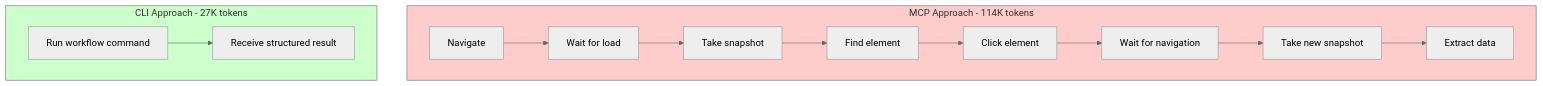
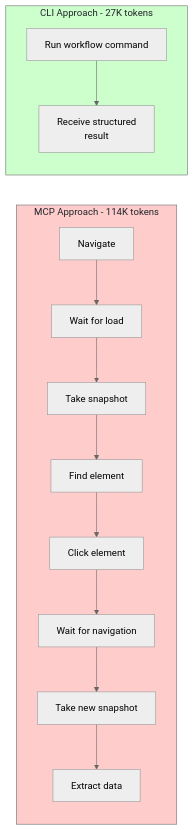
One commit to bytetunnels/bytetunnels.github.com changed the second of 3 diagrams in _posts/2026-02-22-playwright-mcp-and-cli-making-browser-automation-ai-agent-friendly.md. Above: the diagram before and after it, drawn with Mermaid (neutral theme). The commit also changed other lines of this file and 118 other files, not shown here.

Commit message:
feat: improve diagram styling and compact wide flowcharts

````diff
--- a/_posts/2026-02-22-playwright-mcp-and-cli-making-browser-automation-ai-agent-friendly.md
+++ b/_posts/2026-02-22-playwright-mcp-and-cli-making-browser-automation-ai-agent-friendly.md
@@ -81,19 +81,19 @@
 ```mermaid
-flowchart TD
+flowchart LR
     subgraph MCP["MCP Approach - 114K tokens"]
         A1["Navigate"] --> A2["Wait for load"]
         A2 --> A3["Take snapshot"]
         A3 --> A4["Find element"]
         A4 --> A5["Click element"]
         A5 --> A6["Wait for navigation"]
         A6 --> A7["Take new snapshot"]
         A7 --> A8["Extract data"]
     end
 
     subgraph CLI["CLI Approach - 27K tokens"]
-        B1["Run workflow command"] --> B2["Receive structured result"]
+        B1["Run workflow command"] --> B2["Receive structured<br/>result"]
     end
 
-    style MCP fill:#ffcccc
-    style CLI fill:#ccffcc
+    style MCP fill:#ffcccc,color:#1f2328
+    style CLI fill:#ccffcc,color:#1f2328
 ```
````
